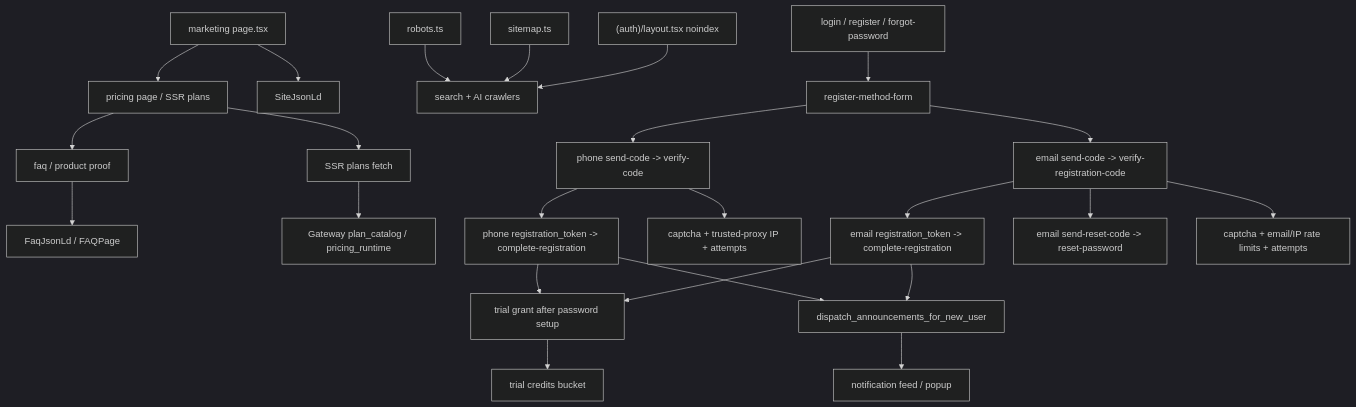
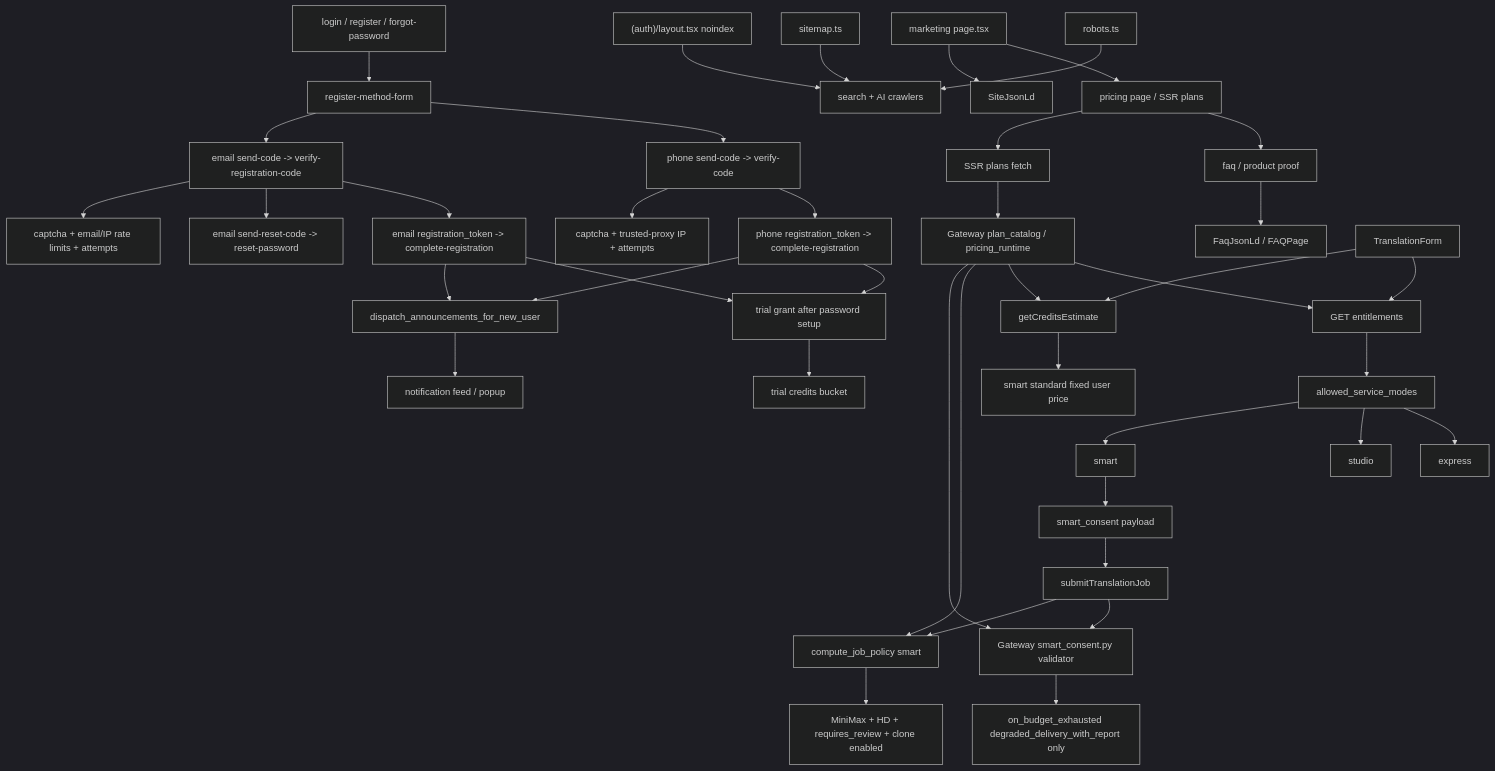
One commit to sun9bear/AITransVideo changed the diagram in docs/graphs/GITNEXUS_COMMERCIALIZATION_GRAPH.md. Above: the diagram before and after it, drawn with Mermaid (dark theme). The commit also changed other lines of this file and 8 other files, not shown here.

Commit message:
docs(graphs): refresh GitNexus project maps

````diff
--- a/docs/graphs/GITNEXUS_COMMERCIALIZATION_GRAPH.md
+++ b/docs/graphs/GITNEXUS_COMMERCIALIZATION_GRAPH.md
@@ -18,31 +21,52 @@
 ```mermaid
 graph TD
     Home["marketing page.tsx"] --> Pricing["pricing page / SSR plans"]
     Pricing --> FAQ["faq / product proof"]
     FAQ --> FaqLd["FaqJsonLd / FAQPage"]
     Home --> SiteLd["SiteJsonLd"]
 
     Robots["robots.ts"] --> Crawlers["search + AI crawlers"]
     Sitemap["sitemap.ts"] --> Crawlers
     AuthNoindex["(auth)/layout.tsx noindex"] --> Crawlers
 
     Pricing --> PlansSSR["SSR plans fetch"]
     PlansSSR --> GatewayPlans["Gateway plan_catalog / pricing_runtime"]
 
     AuthPages["login / register / forgot-password"] --> Method["register-method-form"]
     Method --> PhoneFlow["phone send-code -> verify-code"]
     Method --> EmailFlow["email send-code -> verify-registration-code"]
 
     PhoneFlow --> PhoneComplete["phone registration_token -> complete-registration"]
     EmailFlow --> EmailComplete["email registration_token -> complete-registration"]
     EmailFlow --> EmailReset["email send-reset-code -> reset-password"]
 
     PhoneComplete --> TrialGrant["trial grant after password setup"]
     EmailComplete --> TrialGrant
     TrialGrant --> Credits["trial credits bucket"]
+
     PhoneFlow --> Risk["captcha + trusted-proxy IP + attempts"]
     EmailFlow --> EmailRisk["captcha + email/IP rate limits + attempts"]
+
+    Workspace["TranslationForm"] --> Entitlements["GET entitlements"]
+    Entitlements --> AllowedModes["allowed_service_modes"]
+    AllowedModes --> Express["express"]
+    AllowedModes --> Studio["studio"]
+    AllowedModes --> Smart["smart"]
+    Workspace --> Estimate["getCreditsEstimate"]
+    Estimate --> SmartPrice["smart standard fixed user price"]
+    Smart --> Consent["smart_consent payload"]
+    Consent --> Submit["submitTranslationJob"]
+    Submit --> ConsentValidator["Gateway smart_consent.py validator"]
+    Submit --> Policy["compute_job_policy smart"]
+    ConsentValidator --> BudgetPolicy["on_budget_exhausted degraded_delivery_with_report only"]
+    Policy --> SmartLocked["MiniMax + HD + requires_review + clone enabled"]
+
+    GatewayPlans --> Entitlements
+    GatewayPlans --> Estimate
+    GatewayPlans --> Policy
+    GatewayPlans --> ConsentValidator
+
     PhoneComplete --> NewUserAnn["dispatch_announcements_for_new_user"]
     EmailComplete --> NewUserAnn
     NewUserAnn --> UserNotif["notification feed / popup"]
 ```
````
